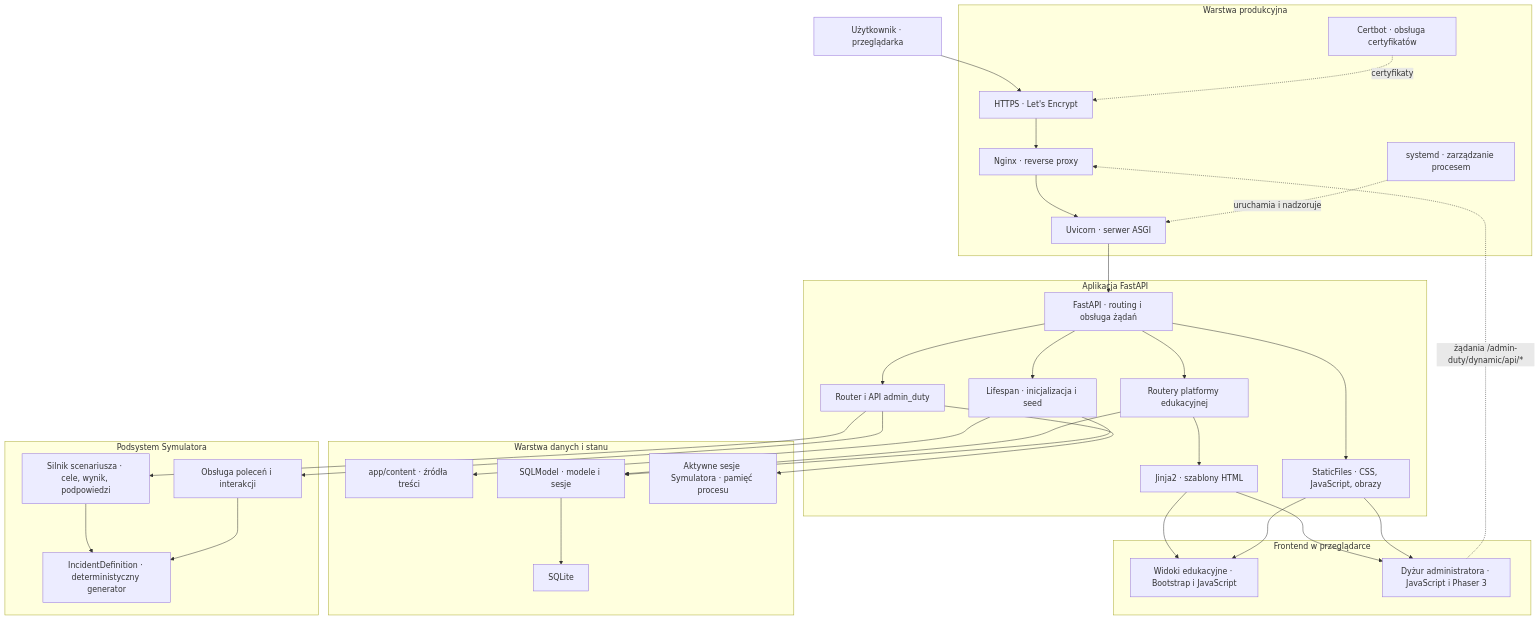
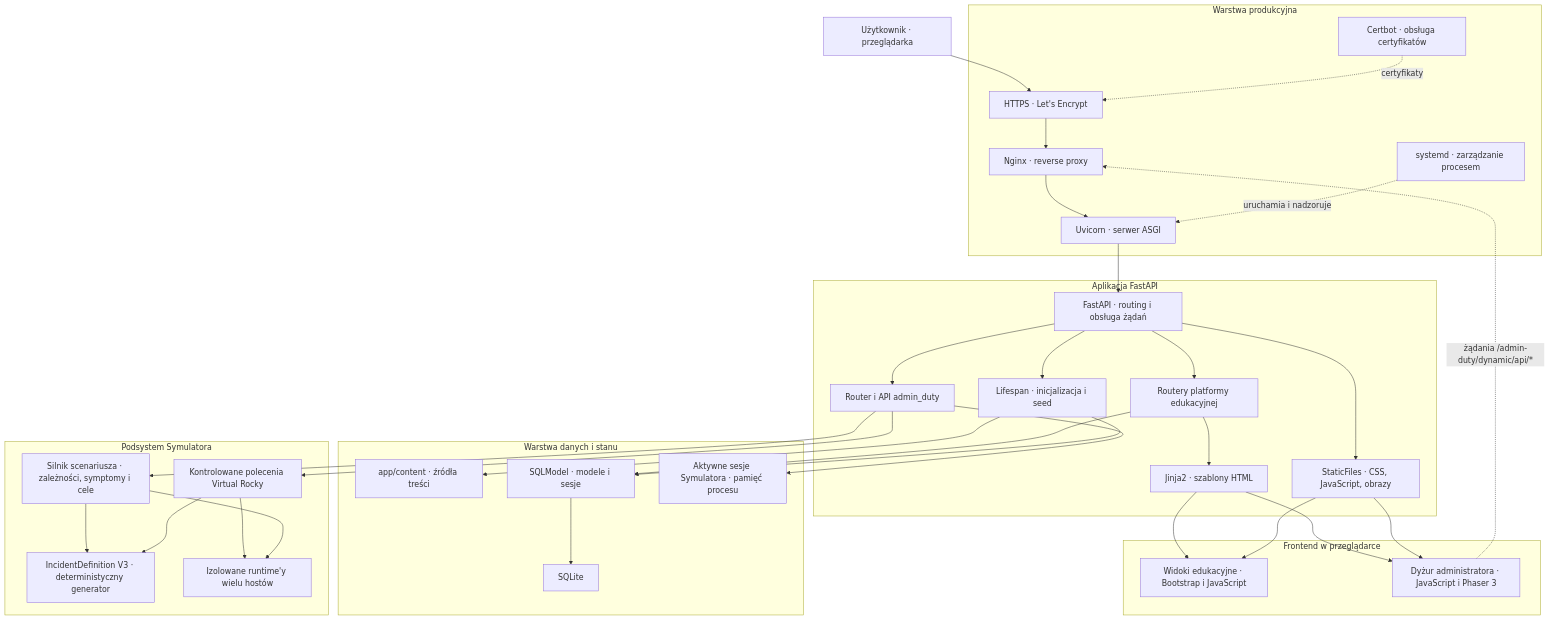
One commit to Kamil0171/shellforge changed the diagram in docs/architecture.md. Above: the diagram before and after it, drawn with Mermaid. The commit also changed other lines of this file and 42 other files, not shown here.

````diff
--- a/docs/architecture.md
+++ b/docs/architecture.md
@@ -11,66 +11,69 @@
 ```mermaid
 flowchart TB
     user["Użytkownik · przeglądarka"]
 
     subgraph production["Warstwa produkcyjna"]
         https["HTTPS · Let's Encrypt"]
         nginx["Nginx · reverse proxy"]
         uvicorn["Uvicorn · serwer ASGI"]
         systemd["systemd · zarządzanie procesem"]
         certbot["Certbot · obsługa certyfikatów"]
     end
 
     subgraph application["Aplikacja FastAPI"]
         fastapi["FastAPI · routing i obsługa żądań"]
         learning["Routery platformy edukacyjnej"]
         simulator["Router i API admin_duty"]
         templates["Jinja2 · szablony HTML"]
         static["StaticFiles · CSS, JavaScript, obrazy"]
         lifecycle["Lifespan · inicjalizacja i seed"]
     end
 
     subgraph data["Warstwa danych i stanu"]
         content["app/content · źródła treści"]
         sqlmodel["SQLModel · modele i sesje"]
         sqlite["SQLite"]
         sessions["Aktywne sesje Symulatora · pamięć procesu"]
     end
 
     subgraph simulator_core["Podsystem Symulatora"]
-        scenario["IncidentDefinition · deterministyczny generator"]
-        engine["Silnik scenariusza · cele, wynik, podpowiedzi"]
-        commands["Obsługa poleceń i interakcji"]
+        scenario["IncidentDefinition V3 · deterministyczny generator"]
+        engine["Silnik scenariusza · zależności, symptomy i cele"]
+        commands["Kontrolowane polecenia Virtual Rocky"]
+        hosts["Izolowane runtime'y wielu hostów"]
     end
 
     subgraph frontend["Frontend w przeglądarce"]
         learning_ui["Widoki edukacyjne · Bootstrap i JavaScript"]
         simulator_ui["Dyżur administratora · JavaScript i Phaser 3"]
     end
 
     user --> https --> nginx --> uvicorn --> fastapi
     systemd -.->|uruchamia i nadzoruje| uvicorn
     certbot -.->|certyfikaty| https
 
     fastapi --> learning
     fastapi --> simulator
     fastapi --> static
     fastapi --> lifecycle
 
     learning --> templates
     learning --> sqlmodel
     lifecycle --> content
     lifecycle --> sqlmodel
     sqlmodel --> sqlite
 
     simulator --> sessions
     simulator --> engine
     simulator --> commands
     engine --> scenario
     commands --> scenario
+    commands --> hosts
+    engine --> hosts
 
     templates --> learning_ui
     static --> learning_ui
     templates --> simulator_ui
     static --> simulator_ui
     simulator_ui -.->|żądania /admin-duty/dynamic/api/*| nginx
 ```
````
